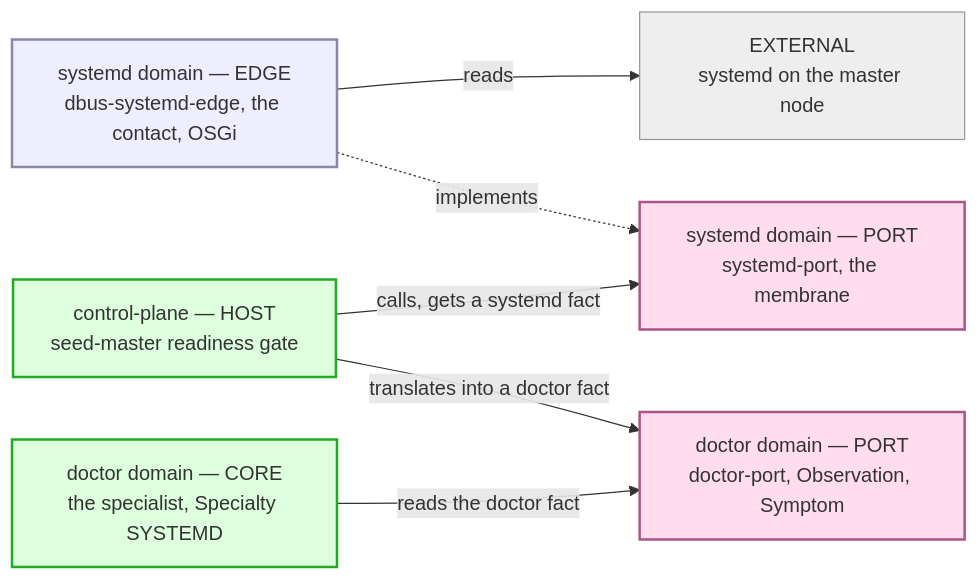
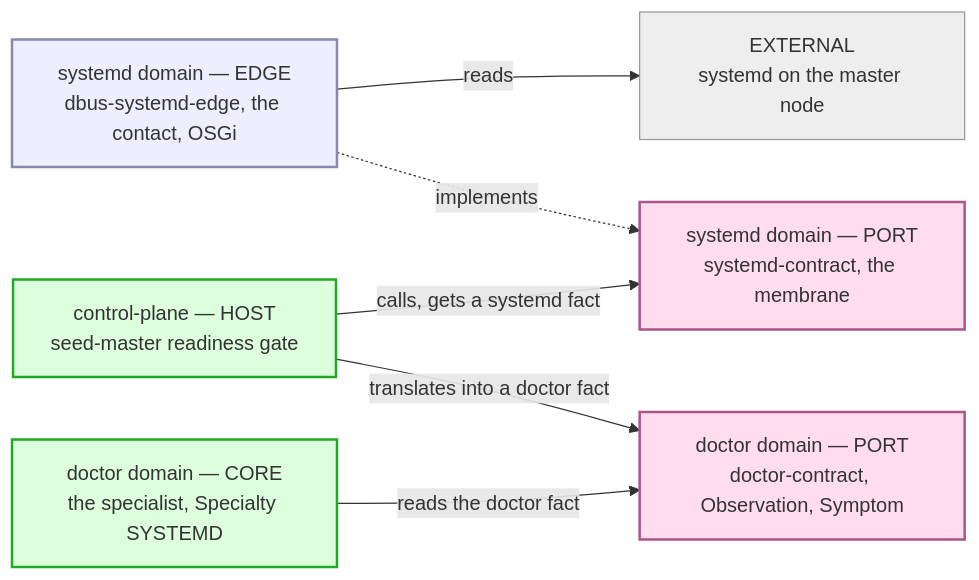
The first of 13 diagrams in docs/architecture/osgi/dbus-systemd-edge-spec.adoc (nxmatic/rke2lab), drawn with Mermaid before and after one commit. The commit also changed other lines of this file and 25 other files, not shown here.

```diff
--- a/docs/architecture/osgi/dbus-systemd-edge-spec.adoc
+++ b/docs/architecture/osgi/dbus-systemd-edge-spec.adoc
@@ -28,23 +28,23 @@
 [mermaid]
 ....
 flowchart LR
   world["EXTERNAL<br/>systemd on the master node"]
   edge["systemd domain — EDGE<br/>dbus-systemd-edge, the contact, OSGi"]
-  sport["systemd domain — PORT<br/>systemd-port, the membrane"]
+  sport["systemd domain — PORT<br/>systemd-contract, the membrane"]
   host["control-plane — HOST<br/>seed-master readiness gate"]
-  dport["doctor domain — PORT<br/>doctor-port, Observation, Symptom"]
+  dport["doctor domain — PORT<br/>doctor-contract, Observation, Symptom"]
   doctor["doctor domain — CORE<br/>the specialist, Specialty SYSTEMD"]
   edge -->|reads| world
   edge -.->|implements| sport
   host -->|calls, gets a systemd fact| sport
   host -->|translates into a doctor fact| dport
   doctor -->|reads the doctor fact| dport
   classDef e fill:#eef,stroke:#88a,stroke-width:2px;
   classDef p fill:#fde,stroke:#a58,stroke-width:2px;
   classDef h fill:#dfd,stroke:#2a2,stroke-width:2px;
   classDef w fill:#eee,stroke:#999,stroke-width:1px;
   class edge e;
   class sport,dport p;
   class host,doctor h;
   class world w;
 ....
```
